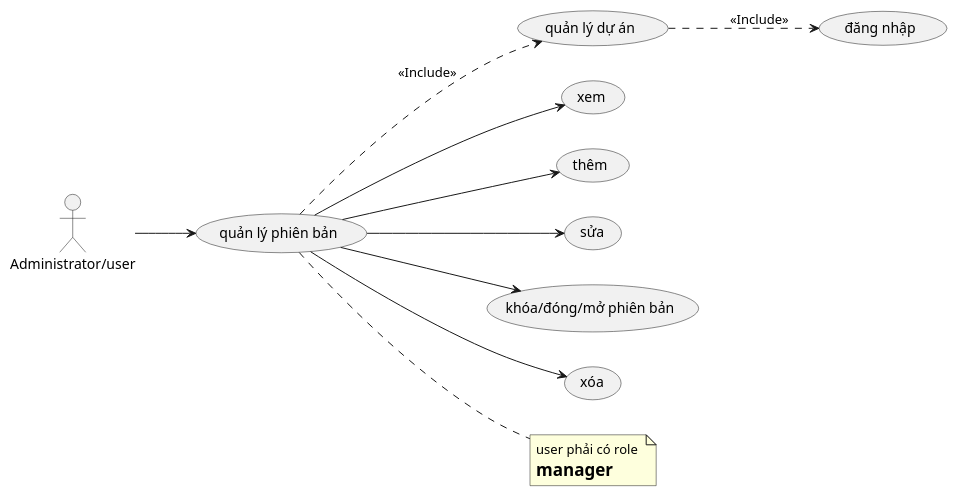
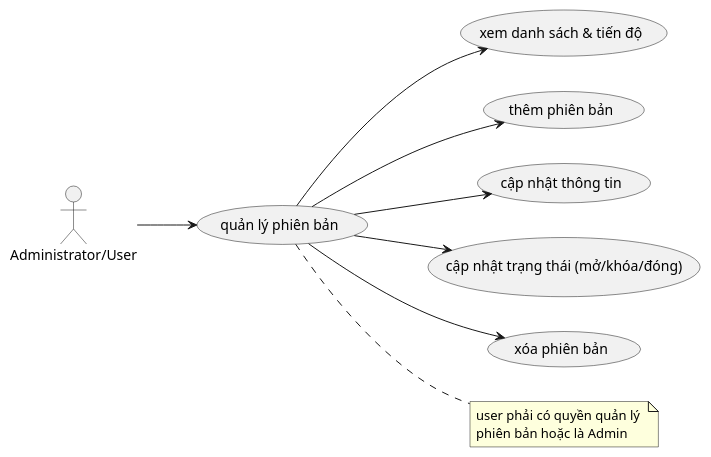
One commit to docuong039/worksphere changed the diagram in docs/use-cases/11_quan_ly_phien_ban.md. Above: the diagram before and after it, drawn with PlantUML. The commit also changed other lines of this file and 26 other files, not shown here.

Commit message:
update diagram

````diff
--- a/docs/use-cases/11_quan_ly_phien_ban.md
+++ b/docs/use-cases/11_quan_ly_phien_ban.md
@@ -5,34 +5,28 @@
 ```plantuml
 @startuml
 left to right direction
-actor "Administrator/user" as User
+actor "Administrator/User" as User
 
-usecase "đăng nhập" as UC_Login
-usecase "quản lý dự án" as UC_ManageProject
 usecase "quản lý phiên bản" as UC_ManageVersion
 
 ' Các use case con
-usecase "xem" as UC01
-usecase "thêm" as UC02
-usecase "sửa" as UC03
-usecase "khóa/đóng/mở phiên bản" as UC04
-usecase "xóa" as UC05
+usecase "xem danh sách & tiến độ" as UC01
+usecase "thêm phiên bản" as UC02
+usecase "cập nhật thông tin" as UC03
+usecase "cập nhật trạng thái (mở/khóa/đóng)" as UC04
+usecase "xóa phiên bản" as UC05
 
 ' Note
-note "user phải có role \n= manager" as N1
+note "user phải có quyền quản lý \nphiên bản hoặc là Admin" as N1
 
 User --> UC_ManageVersion
 UC_ManageVersion .. N1
 
 UC_ManageVersion --> UC01
 UC_ManageVersion --> UC02
 UC_ManageVersion --> UC03
 UC_ManageVersion --> UC04
 UC_ManageVersion --> UC05
 
-' Includes
-UC_ManageVersion ..> UC_ManageProject : <<Include>>
-UC_ManageProject ..> UC_Login : <<Include>>
-
 @enduml
 ```
````
